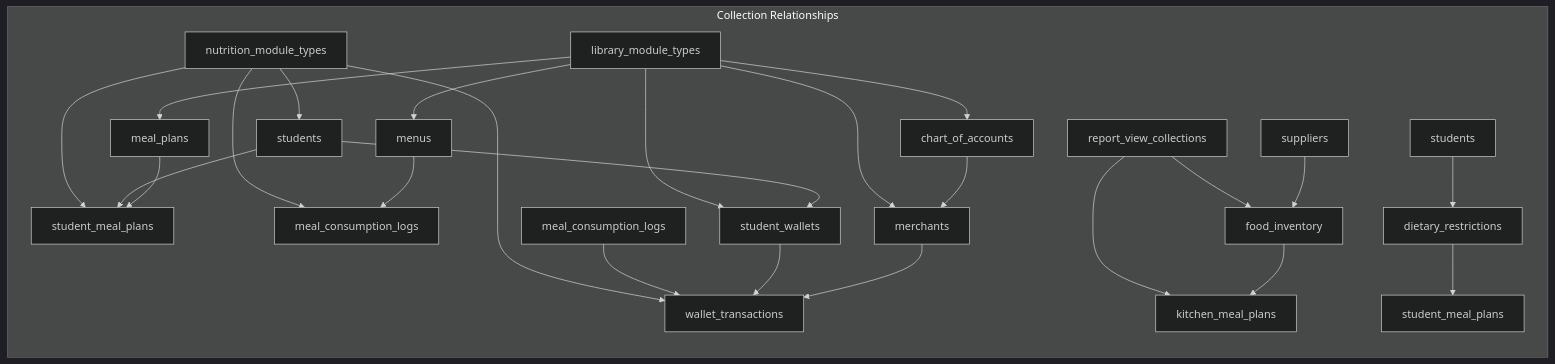
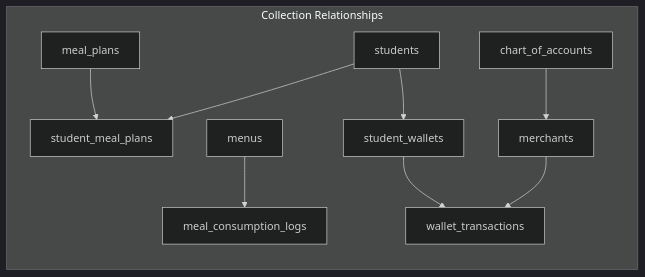
The fourth of 10 diagrams in .qoder/repowiki/en/content/Modules System/Nutrition Module.md (geniusdynamics/schoolpilot), drawn with Mermaid (dark theme) before and after one commit. The commit also changed other lines of this file and 311 other files, not shown here.

````diff
--- a/.qoder/repowiki/en/content/Modules System/Nutrition Module.md
+++ b/.qoder/repowiki/en/content/Modules System/Nutrition Module.md
@@ -411,28 +260,12 @@
 ```mermaid
 graph LR
 subgraph "Collection Relationships"
 A[meal_plans] --> B[student_meal_plans]
 C[menus] --> D[meal_consumption_logs]
 E[merchants] --> F[wallet_transactions]
 G[student_wallets] --> F
 H[students] --> B
 H --> G
 I[chart_of_accounts] --> E
-J[food_inventory] --> K[kitchen_meal_plans]
-L[dietary_restrictions] --> M[student_meal_plans]
-N[suppliers] --> J
-O[students] --> L
-P[meal_consumption_logs] --> F
-Q[library_module_types] --> A
-Q --> C
-Q --> E
-Q --> G
-Q --> I
-R[nutrition_module_types] --> B
-R --> D
-R --> F
-R --> H
-S[report_view_collections] --> J
-S --> K
 end
 ```
````
